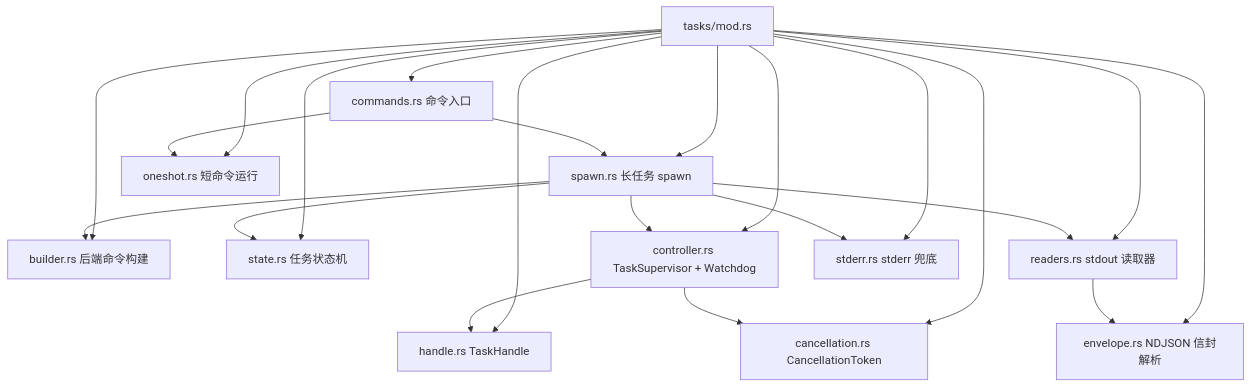
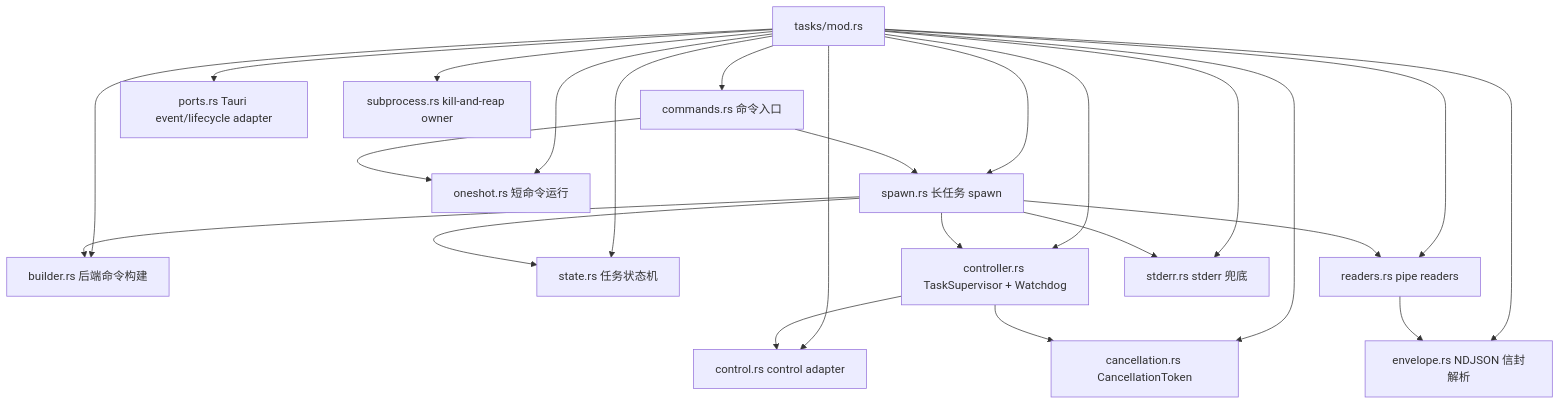
The second of 5 diagrams in docs/03-rust-shell-architecture.md (youge325/vp), drawn with Mermaid before and after one commit. The commit also changed other lines of this file and 81 other files, not shown here.

````diff
--- a/docs/03-rust-shell-architecture.md
+++ b/docs/03-rust-shell-architecture.md
@@ -75,25 +75,27 @@
 ```mermaid
 graph TB
     A[tasks/mod.rs] --> B[commands.rs 命令入口]
     A --> C[spawn.rs 长任务 spawn]
     A --> D[oneshot.rs 短命令运行]
     A --> E[builder.rs 后端命令构建]
     A --> F[state.rs 任务状态机]
-    A --> G[handle.rs TaskHandle]
+    A --> G[control.rs control adapter]
     A --> H[controller.rs TaskSupervisor + Watchdog]
     A --> I[cancellation.rs CancellationToken]
-    A --> J[readers.rs stdout 读取器]
+    A --> J[readers.rs pipe readers]
     A --> K[envelope.rs NDJSON 信封解析]
     A --> L[stderr.rs stderr 兜底]
+    A --> M[ports.rs Tauri event/lifecycle adapter]
+    A --> N[subprocess.rs kill-and-reap owner]
 
     B --> C
     B --> D
     C --> E
     C --> F
     C --> H
     C --> J
     C --> L
     H --> G
     H --> I
     J --> K
 ```
````
